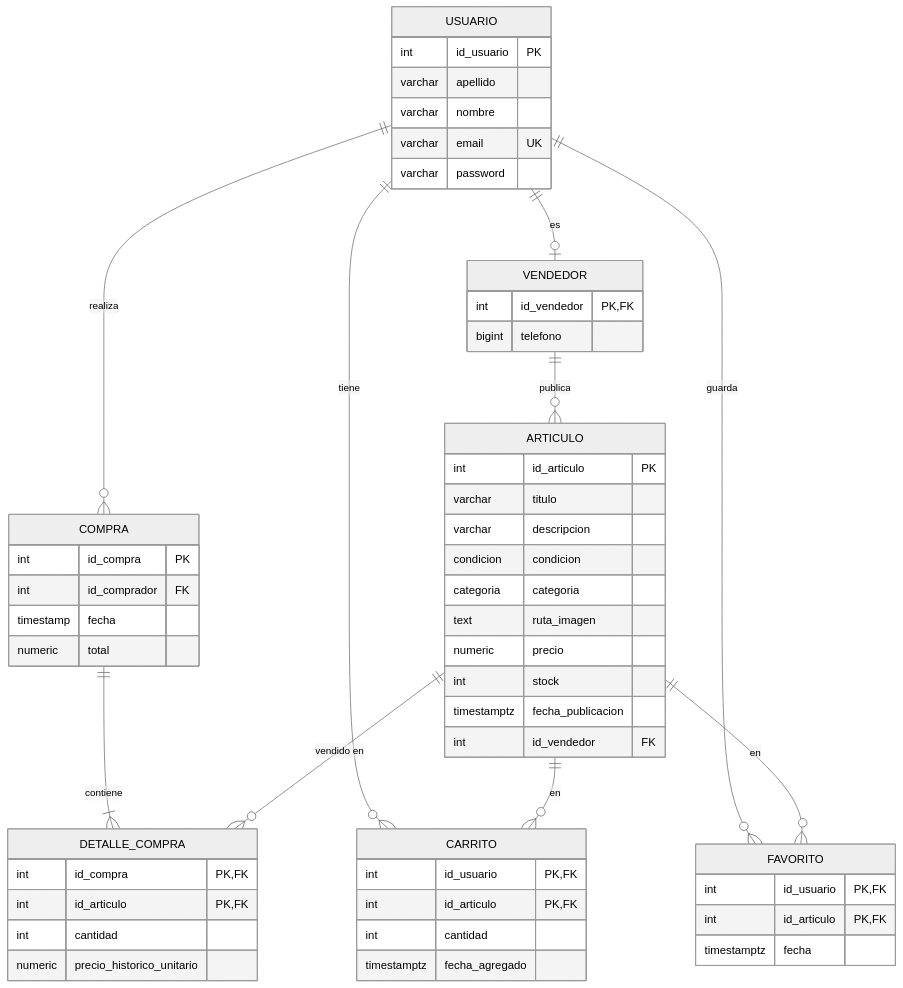
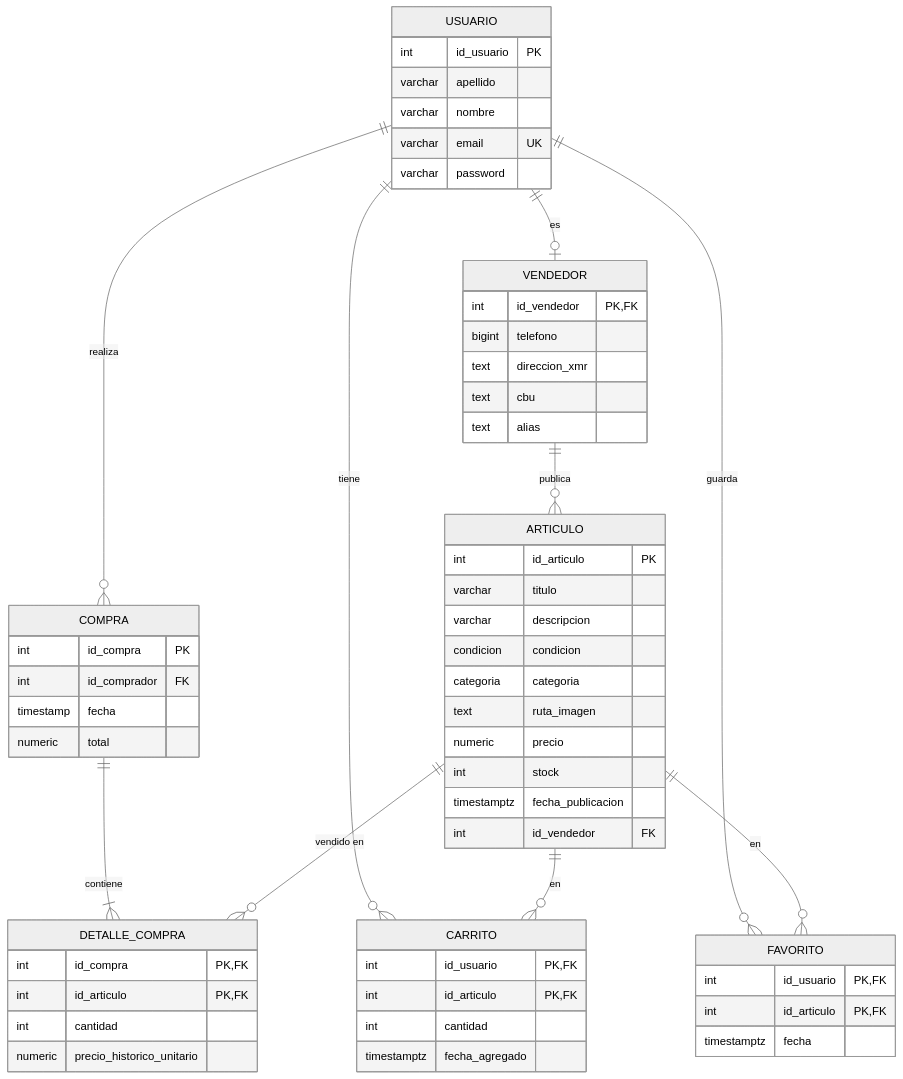
The fourth of 4 diagrams in docs/diagramas.md (az-juan/tan-bit), drawn with Mermaid (neutral theme) before and after one commit. The commit also changed other lines of this file and 9 other files, not shown here.

````diff
--- a/docs/diagramas.md
+++ b/docs/diagramas.md
@@ -77,59 +104,62 @@
 ```mermaid
 erDiagram
   USUARIO {
     int id_usuario PK
     varchar apellido
     varchar nombre
     varchar email UK
     varchar password
   }
   VENDEDOR {
     int id_vendedor PK,FK
     bigint telefono
+    text direccion_xmr
+    text cbu
+    text alias
   }
   ARTICULO {
     int id_articulo PK
     varchar titulo
     varchar descripcion
     condicion condicion
     categoria categoria
     text ruta_imagen
     numeric precio
     int stock
     timestamptz fecha_publicacion
     int id_vendedor FK
   }
   COMPRA {
     int id_compra PK
     int id_comprador FK
     timestamp fecha
     numeric total
   }
   DETALLE_COMPRA {
     int id_compra PK,FK
     int id_articulo PK,FK
     int cantidad
     numeric precio_historico_unitario
   }
   CARRITO {
     int id_usuario PK,FK
     int id_articulo PK,FK
     int cantidad
     timestamptz fecha_agregado
   }
   FAVORITO {
     int id_usuario PK,FK
     int id_articulo PK,FK
     timestamptz fecha
   }
 
   USUARIO ||--o| VENDEDOR : "es"
   VENDEDOR ||--o{ ARTICULO : "publica"
   USUARIO ||--o{ COMPRA : "realiza"
   COMPRA ||--|{ DETALLE_COMPRA : "contiene"
   ARTICULO ||--o{ DETALLE_COMPRA : "vendido en"
   USUARIO ||--o{ CARRITO : "tiene"
   ARTICULO ||--o{ CARRITO : "en"
   USUARIO ||--o{ FAVORITO : "guarda"
   ARTICULO ||--o{ FAVORITO : "en"
 ```
````
